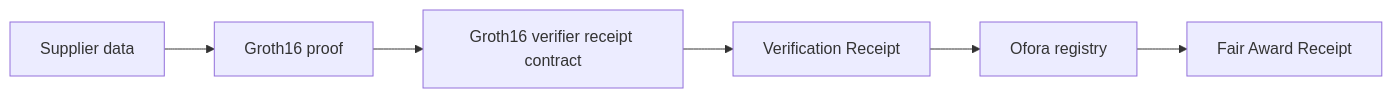
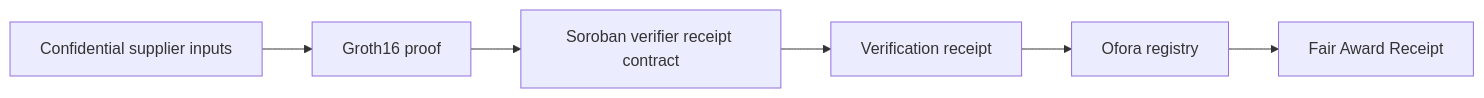
The diagram in README.md (Rex739/ofora), drawn with Mermaid before and after one commit. The commit also changed other lines of this file, not shown here.

````diff
--- a/README.md
+++ b/README.md
@@ -54,8 +81,8 @@
 ```mermaid
 flowchart LR
-  A["Supplier data"] --> B["Groth16 proof"]
-  B --> C["Groth16 verifier receipt contract"]
-  C --> D["Verification Receipt"]
+  A["Confidential supplier inputs"] --> B["Groth16 proof"]
+  B --> C["Soroban verifier receipt contract"]
+  C --> D["Verification receipt"]
   D --> E["Ofora registry"]
   E --> F["Fair Award Receipt"]
 ```
````
